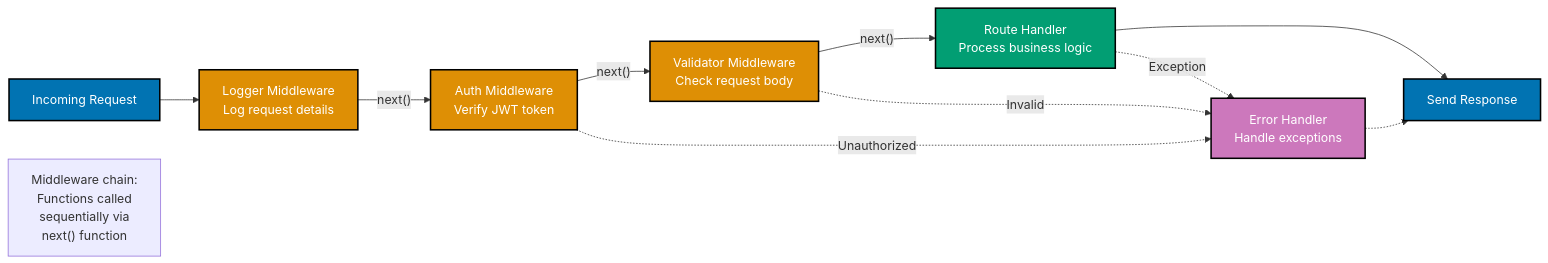
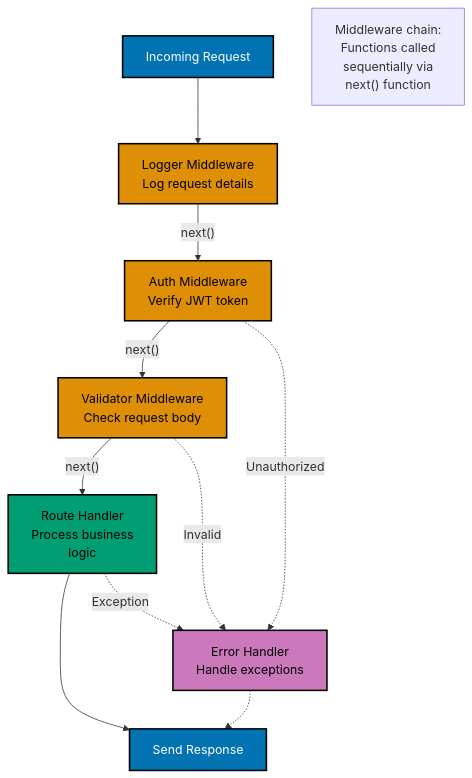
One commit to wahidyankf/ose-public changed the second of 5 diagrams in docs/explanation/software-engineering/programming-languages/typescript/web-services.md. Above: the diagram before and after it, drawn with Mermaid. The commit also changed other lines of this file and 57 other files, not shown here.

First line of the commit message:
docs(diagrams): make docs diagrams accessible

````diff
--- a/docs/explanation/software-engineering/programming-languages/typescript/web-services.md
+++ b/docs/explanation/software-engineering/programming-languages/typescript/web-services.md
@@ -200,29 +202,31 @@
 ```mermaid
 %% Color Palette: Blue #0173B2, Orange #DE8F05, Teal #029E73, Purple #CC78BC, Brown #CA9161
-graph LR
+graph TD
+    accTitle: Middleware Chain Execution
+    accDescr: Incoming Request leads to Logger Middleware Log request details; Logger Middleware Log request details leads to Auth Middleware Verify JWT token via next; and 7 more links.
     Request["Incoming Request"]:::blue
     Logger["Logger Middleware<br/>Log request details"]:::orange
     Auth["Auth Middleware<br/>Verify JWT token"]:::orange
     Validator["Validator Middleware<br/>Check request body"]:::orange
-    Handler["Route Handler<br/>Process business logic"]:::teal
+    Handler["Route Handler<br/>Process business<br/>logic"]:::teal
     Response["Send Response"]:::blue
     Error["Error Handler<br/>Handle exceptions"]:::purple
 
     Request --> Logger
     Logger -->|next#40;#41;| Auth
     Auth -->|next#40;#41;| Validator
     Validator -->|next#40;#41;| Handler
     Handler --> Response
 
     Auth -.->|Unauthorized| Error
     Validator -.->|Invalid| Error
     Handler -.->|Exception| Error
     Error -.-> Response
 
-    Note1["Middleware chain:<br/>Functions called<br/>sequentially via<br/>next#40;#41; function"]
+    Note1["Middleware chain:<br/>Functions called<br/>sequentially via<br/>next() function"]
 
     classDef blue fill:#0173B2,stroke:#000000,color:#FFFFFF,stroke-width:2px
-    classDef orange fill:#DE8F05,stroke:#000000,color:#FFFFFF,stroke-width:2px
-    classDef teal fill:#029E73,stroke:#000000,color:#FFFFFF,stroke-width:2px
-    classDef purple fill:#CC78BC,stroke:#000000,color:#FFFFFF,stroke-width:2px
+    classDef orange fill:#DE8F05,stroke:#000000,color:#000000,stroke-width:2px
+    classDef teal fill:#029E73,stroke:#000000,color:#000000,stroke-width:2px
+    classDef purple fill:#CC78BC,stroke:#000000,color:#000000,stroke-width:2px
 ```
````
